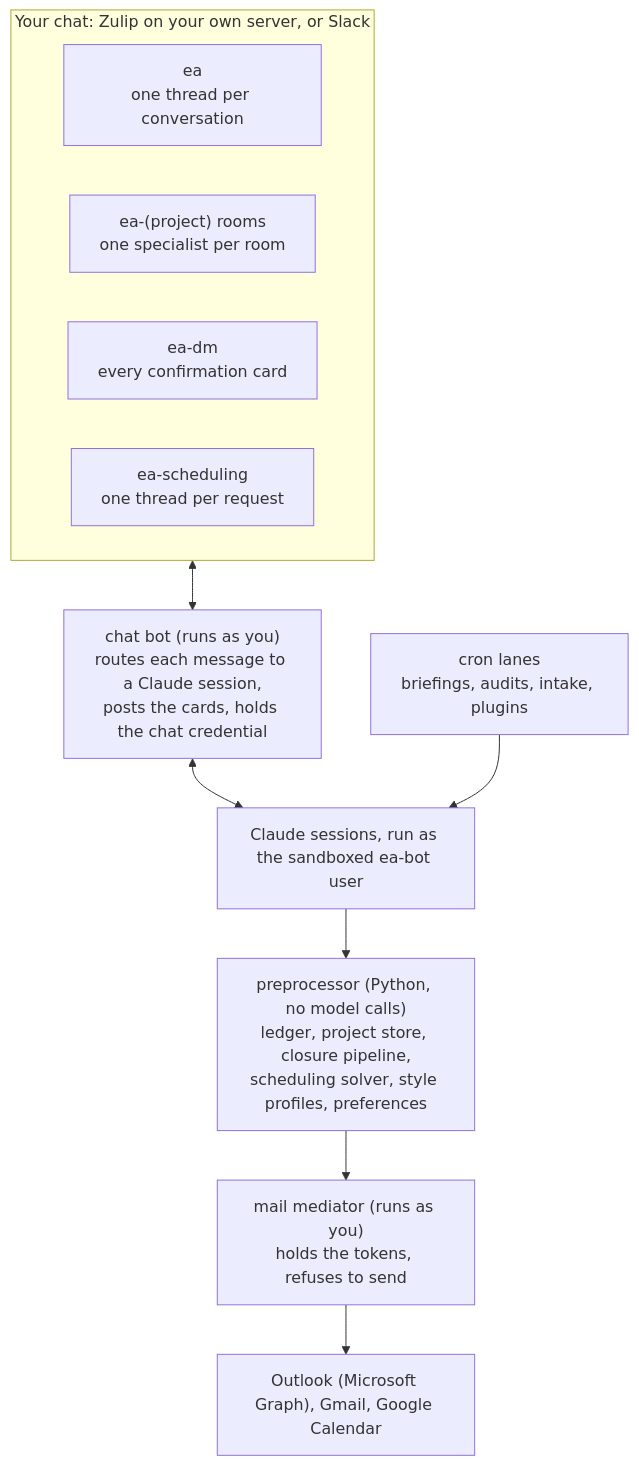
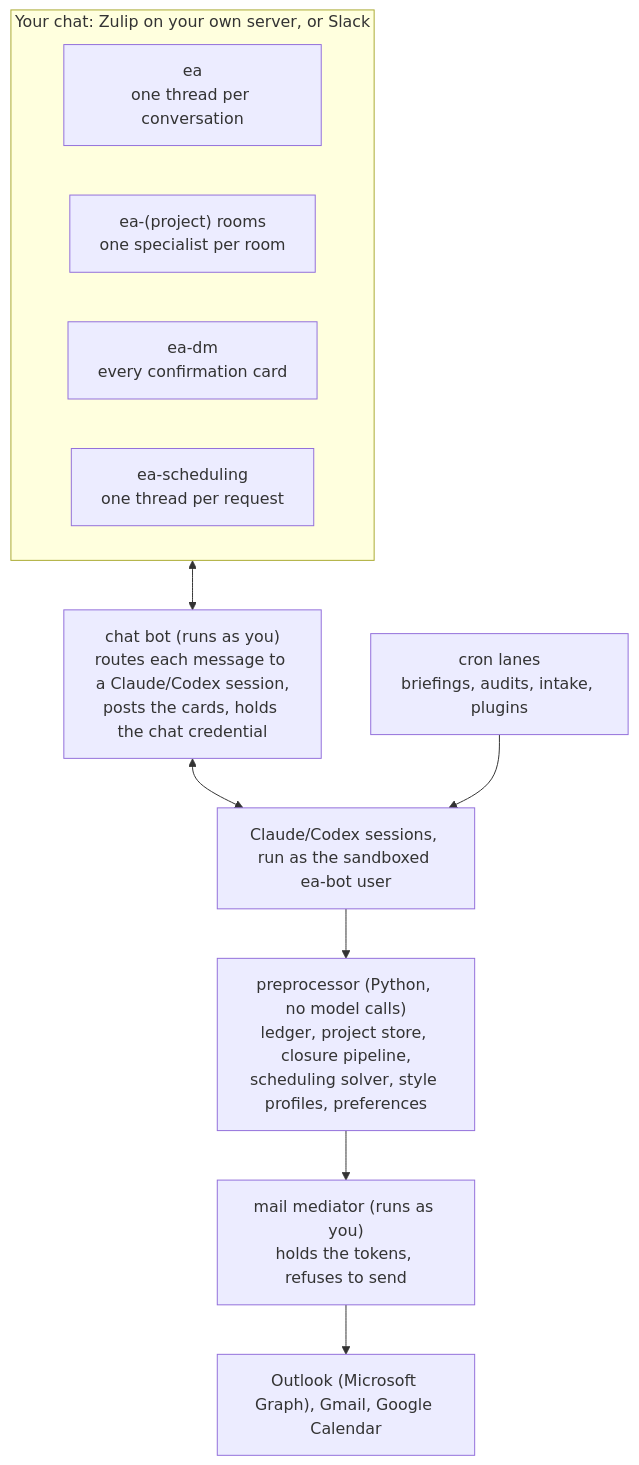
Before and after one commit to alecive/tacitus: the second of 2 diagrams in README.md, drawn with Mermaid. The commit also changed other lines of this file, not shown here.

````diff
--- a/README.md
+++ b/README.md
@@ -128,22 +135,22 @@
 ```mermaid
 flowchart TB
     subgraph chat["Your chat: Zulip on your own server, or Slack"]
         direction LR
         ea["ea<br/>one thread per conversation"]
         rooms["ea-(project) rooms<br/>one specialist per room"]
         dm["ea-dm<br/>every confirmation card"]
         sched["ea-scheduling<br/>one thread per request"]
     end
-    bot["chat bot (runs as you)<br/>routes each message to a Claude session,<br/>posts the cards, holds the chat credential"]
-    sessions["Claude sessions, run as the sandboxed ea-bot user"]
+    bot["chat bot (runs as you)<br/>routes each message to a Claude/Codex session,<br/>posts the cards, holds the chat credential"]
+    sessions["Claude/Codex sessions, run as the sandboxed ea-bot user"]
     cron["cron lanes<br/>briefings, audits, intake, plugins"]
     pre["preprocessor (Python, no model calls)<br/>ledger, project store, closure pipeline,<br/>scheduling solver, style profiles, preferences"]
     med["mail mediator (runs as you)<br/>holds the tokens, refuses to send"]
     apis["Outlook (Microsoft Graph), Gmail, Google Calendar"]
     chat <--> bot
     bot <--> sessions
     cron --> sessions
     sessions --> pre
     pre --> med
     med --> apis
 ```
````
